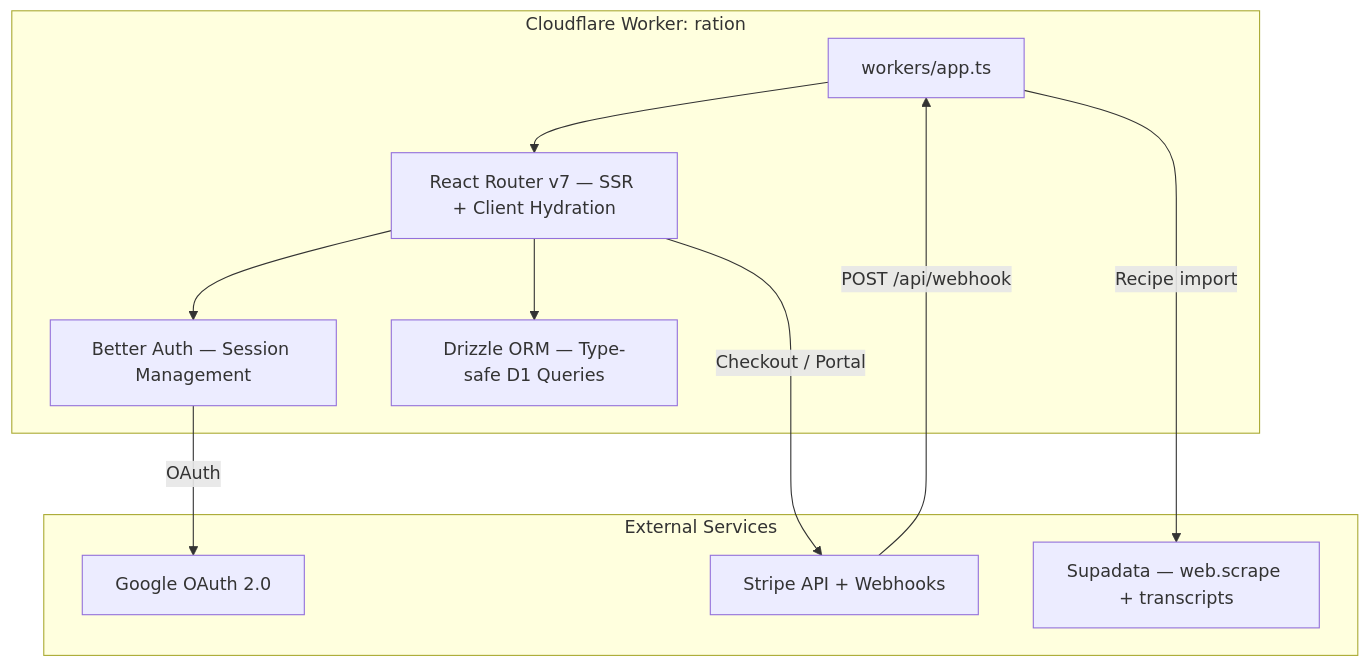
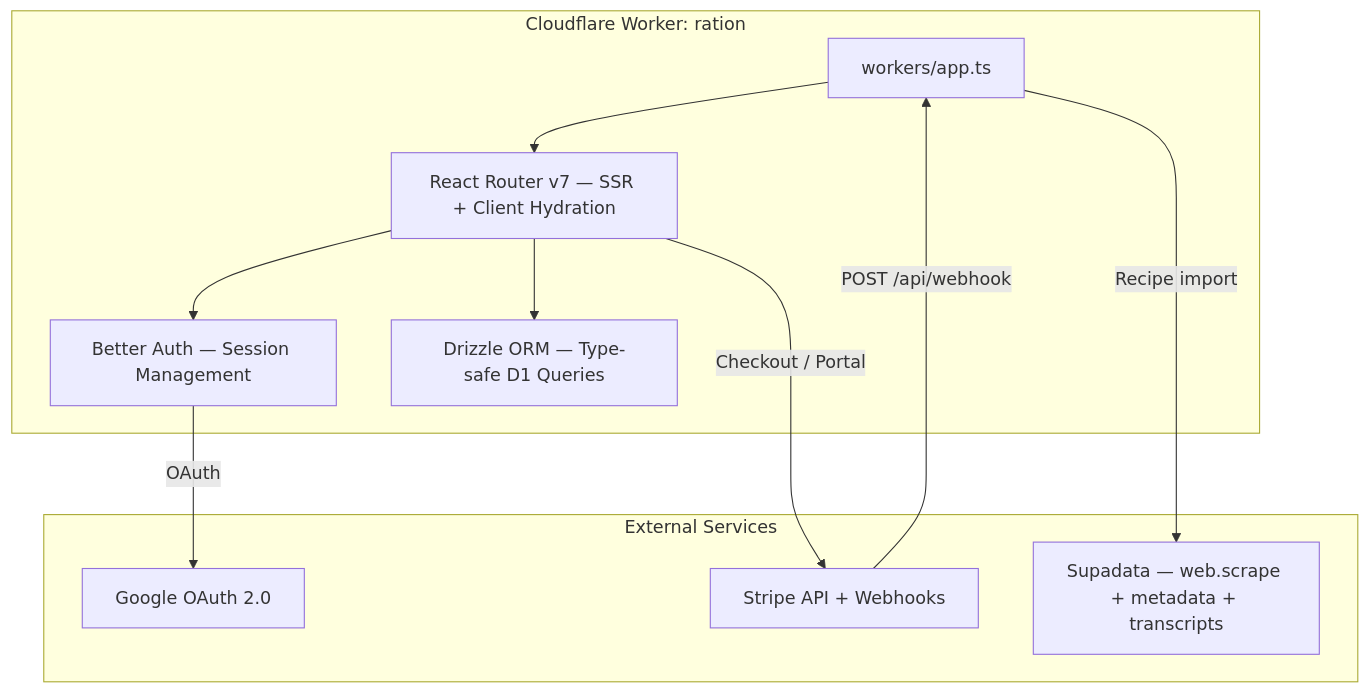
The second of 24 diagrams in README.md (bjamesdowning/ration-mirror), drawn with Mermaid before and after one commit. The commit also changed other lines of this file and 8 other files, not shown here.

First line of the commit message:
feat: enrich social import with Supadata metadata and native transcripts

````diff
--- a/README.md
+++ b/README.md
@@ -97,23 +97,23 @@
 ```mermaid
 flowchart TB
     subgraph MainWorker["Cloudflare Worker: ration"]
         Worker["workers/app.ts"]
         ReactRouter["React Router v7 — SSR + Client Hydration"]
         BetterAuth["Better Auth — Session Management"]
         DrizzleORM["Drizzle ORM — Type-safe D1 Queries"]
         Worker --> ReactRouter
         ReactRouter --> BetterAuth
         ReactRouter --> DrizzleORM
     end
 
     subgraph External["External Services"]
         Google["Google OAuth 2.0"]
         Stripe["Stripe API + Webhooks"]
-        Supadata["Supadata — web.scrape + transcripts"]
+        Supadata["Supadata — web.scrape + metadata + transcripts"]
     end
 
     BetterAuth -->|OAuth| Google
     ReactRouter -->|Checkout / Portal| Stripe
     Stripe -->|POST /api/webhook| Worker
     Worker -->|Recipe import| Supadata
 ```
````
